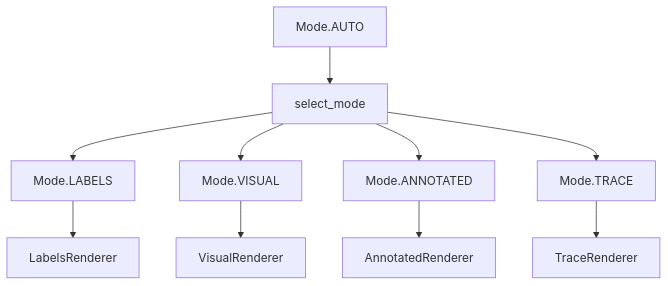
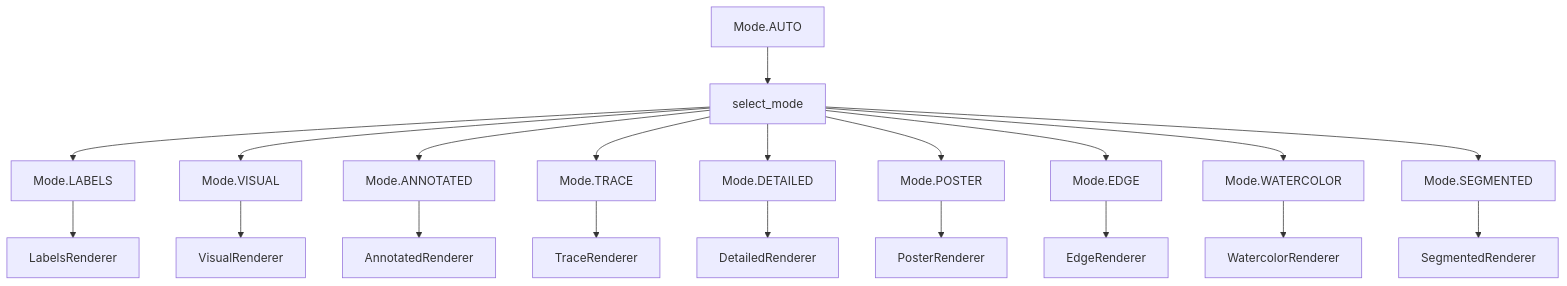
One commit to cloudbsdorg/img2svg changed the second of 3 diagrams in docs/architecture.md. Above: the diagram before and after it, drawn with Mermaid. The commit also changed other lines of this file and 64 other files, not shown here.

````diff
--- a/docs/architecture.md
+++ b/docs/architecture.md
@@ -64,12 +68,22 @@
 ```mermaid
 flowchart TB
     A[Mode.AUTO] --> B[select_mode]
     B --> C[Mode.LABELS]
     B --> D[Mode.VISUAL]
     B --> E[Mode.ANNOTATED]
     B --> F[Mode.TRACE]
+    B --> K[Mode.DETAILED]
+    B --> L[Mode.POSTER]
+    B --> M[Mode.EDGE]
+    B --> N[Mode.WATERCOLOR]
+    B --> O[Mode.SEGMENTED]
     C --> G[LabelsRenderer]
     D --> H[VisualRenderer]
     E --> I[AnnotatedRenderer]
     F --> J[TraceRenderer]
+    K --> P[DetailedRenderer]
+    L --> Q[PosterRenderer]
+    M --> R[EdgeRenderer]
+    N --> S[WatercolorRenderer]
+    O --> T[SegmentedRenderer]
 ```
````
